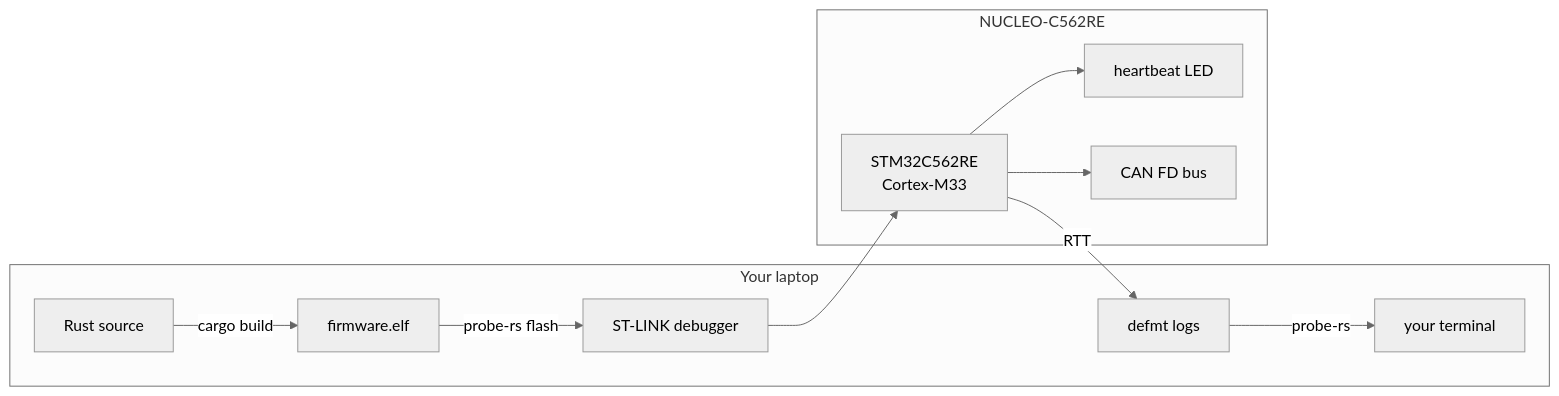
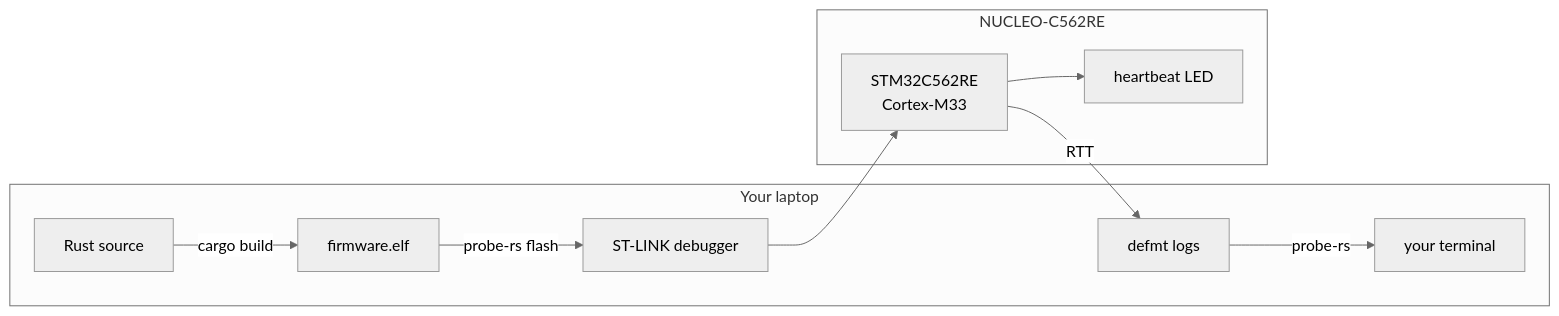
Before and after one commit to noherczeg/rt-learn: the diagram in docs/README.md, drawn with Mermaid (neutral theme). The commit also changed other lines of this file and 17 other files, not shown here.

````diff
--- a/docs/README.md
+++ b/docs/README.md
@@ -52,14 +49,13 @@
 ```mermaid
 flowchart LR
     subgraph PC["Your laptop"]
         CODE["Rust source"] -->|cargo build| ELF["firmware.elf"]
         ELF -->|probe-rs flash| STLINK
         RTT["defmt logs"] -->|probe-rs| TERM["your terminal"]
     end
     subgraph BOARD["NUCLEO-C562RE"]
         STLINK["ST-LINK debugger"] --> MCU["STM32C562RE\nCortex-M33"]
         MCU --> LED["heartbeat LED"]
-        MCU --> CAN["CAN FD bus"]
         MCU -->|RTT| RTT
     end
 ```
````
